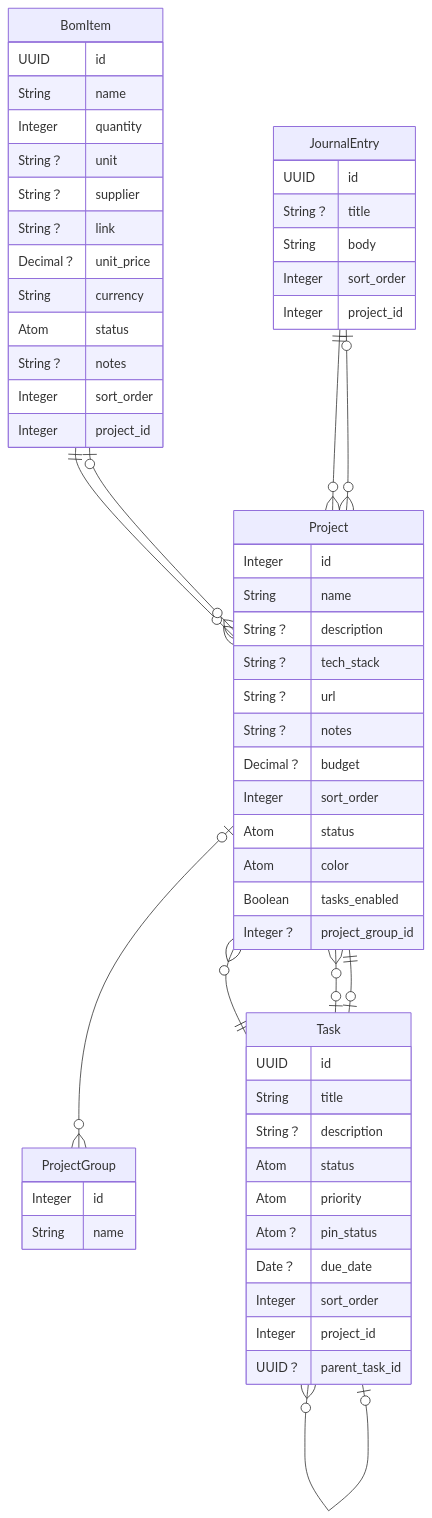
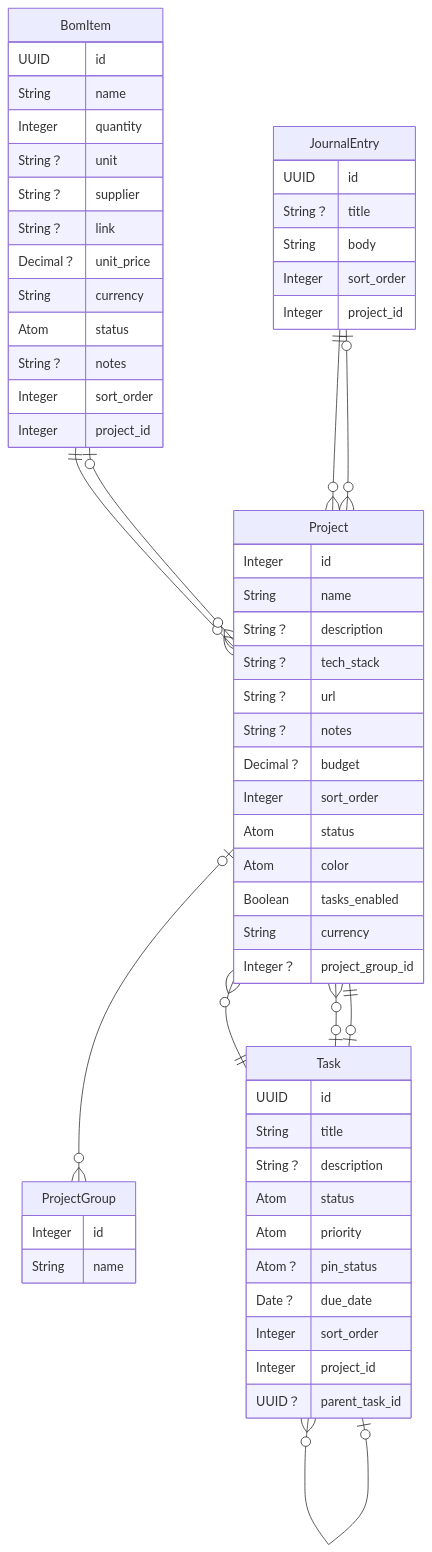
The diagram in docs/architecture.md (ViktorLindstrm/forge), drawn with Mermaid before and after one commit.

Commit message:
chore: update architecture diagram [skip ci]

````diff
--- a/docs/architecture.md
+++ b/docs/architecture.md
@@ -8,65 +8,66 @@
 ```mermaid
 erDiagram
   "Forge.Projects.BomItem"["BomItem"] {
     UUID id
     String name
     Integer quantity
     String？ unit
     String？ supplier
     String？ link
     Decimal？ unit_price
     String currency
     Atom status
     String？ notes
     Integer sort_order
     Integer project_id
   }
   "Forge.Projects.JournalEntry"["JournalEntry"] {
     UUID id
     String？ title
     String body
     Integer sort_order
     Integer project_id
   }
   "Forge.Projects.Project"["Project"] {
     Integer id
     String name
     String？ description
     String？ tech_stack
     String？ url
     String？ notes
     Decimal？ budget
     Integer sort_order
     Atom status
     Atom color
     Boolean tasks_enabled
+    String currency
     Integer？ project_group_id
   }
   "Forge.Projects.ProjectGroup"["ProjectGroup"] {
     Integer id
     String name
   }
   "Forge.Projects.Task"["Task"] {
     UUID id
     String title
     String？ description
     Atom status
     Atom priority
     Atom？ pin_status
     Date？ due_date
     Integer sort_order
     Integer project_id
     UUID？ parent_task_id
   }
   "Forge.Projects.JournalEntry" ||--o{ "Forge.Projects.Project" : ""
   "Forge.Projects.Project" |o--o{ "Forge.Projects.ProjectGroup" : ""
   "Forge.Projects.BomItem" ||--o{ "Forge.Projects.Project" : ""
   "Forge.Projects.Project" }o--|| "Forge.Projects.Task" : ""
   "Forge.Projects.Task" |o--o{ "Forge.Projects.Task" : ""
   "Forge.Projects.Project" }o--o| "Forge.Projects.Task" : ""
   "Forge.Projects.BomItem" |o--o{ "Forge.Projects.Project" : ""
   "Forge.Projects.JournalEntry" |o--o{ "Forge.Projects.Project" : ""
   "Forge.Projects.Task" }o--o| "Forge.Projects.Task" : ""
   "Forge.Projects.Project" ||--o| "Forge.Projects.Task" : ""
 
 ```
````
